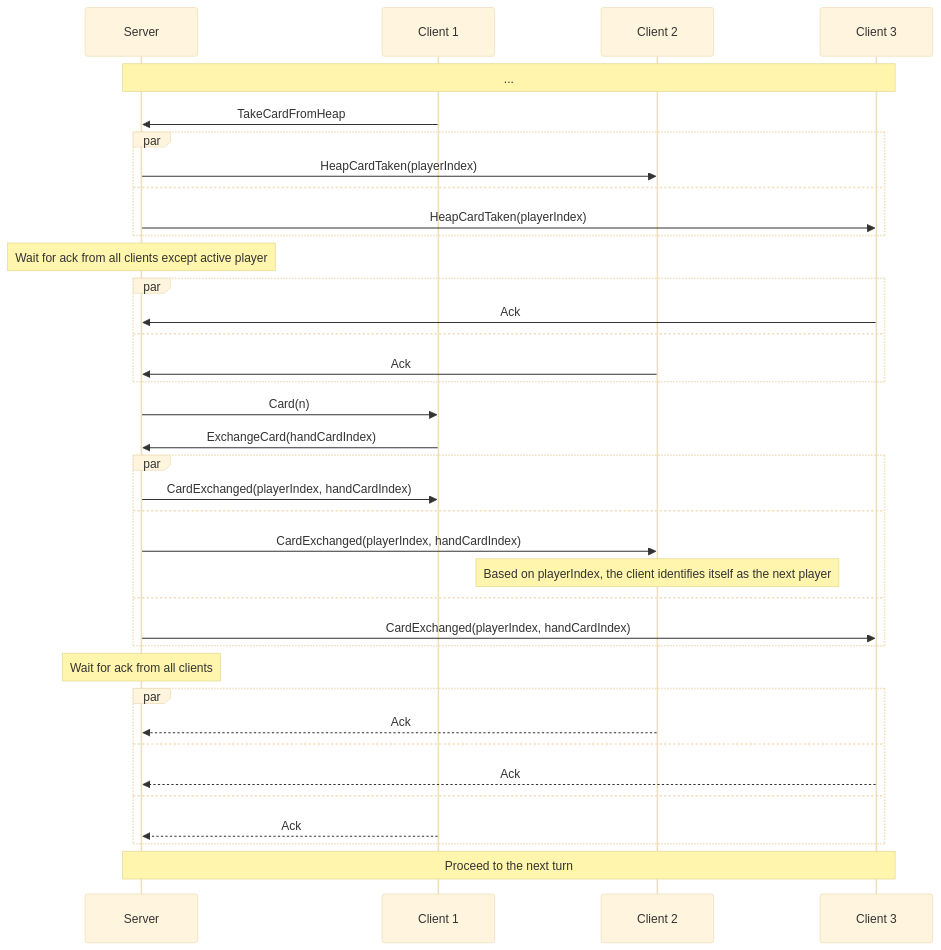
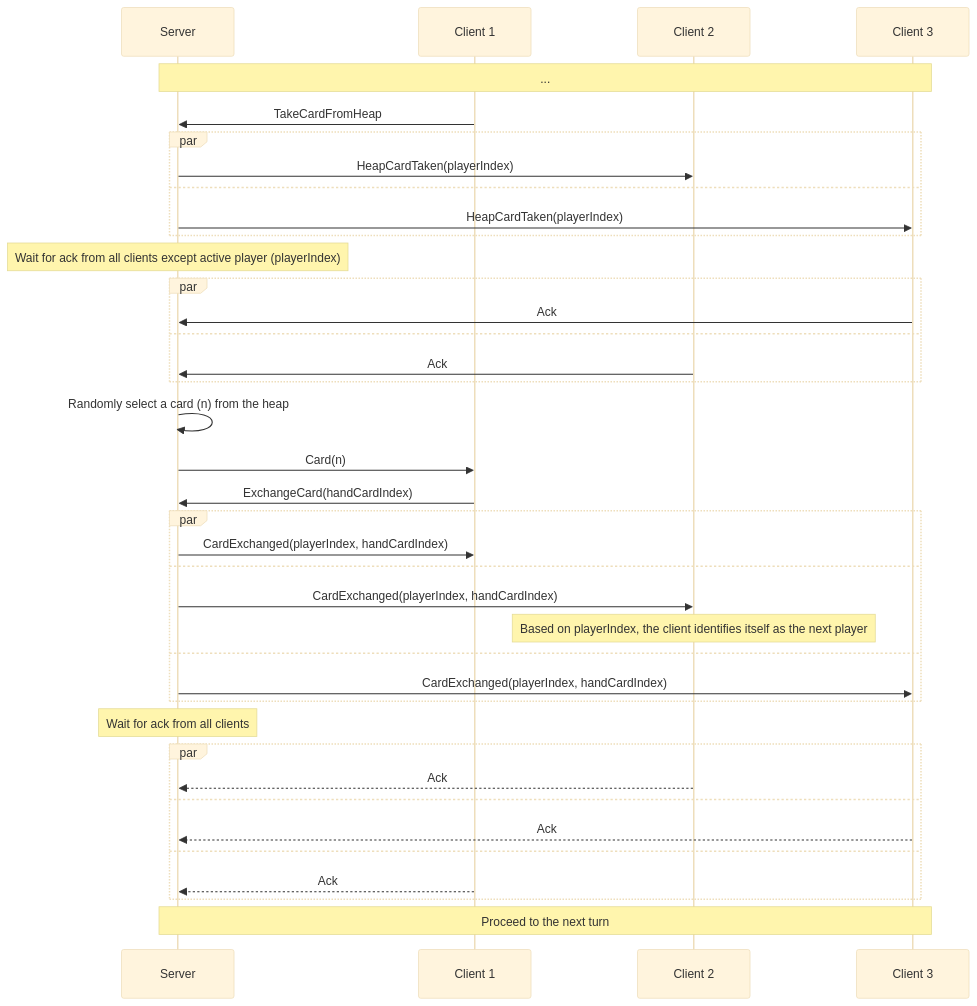
One commit to roman-zubarevich/another changed the second of 2 diagrams in README.md. Above: the diagram before and after it, drawn with Mermaid (base theme). The commit also changed other lines of this file, not shown here.

````diff
--- a/README.md
+++ b/README.md
@@ -45,39 +46,40 @@
 ```mermaid
 sequenceDiagram
     participant S as Server
     participant C1 as Client 1
     participant C2 as Client 2
     participant C3 as Client 3
     Note over S,C3: ...
     C1->>S: TakeCardFromHeap
     par
         S->>C2: HeapCardTaken(playerIndex)
     and
         S->>C3: HeapCardTaken(playerIndex)
     end
-    Note over S: Wait for ack from all clients except active player
+    Note over S: Wait for ack from all clients except active player (playerIndex)
     par
         C3->>S: Ack
     and
         C2->>S: Ack
     end
+    S->>S: Randomly select a card (n) from the heap
     S->>C1: Card(n)
     C1->>S: ExchangeCard(handCardIndex)
     par
         S->>C1: CardExchanged(playerIndex, handCardIndex)
     and
         S->>C2: CardExchanged(playerIndex, handCardIndex)
         Note over C2: Based on playerIndex, the client identifies itself as the next player
     and
         S->>C3: CardExchanged(playerIndex, handCardIndex)
     end
     Note over S: Wait for ack from all clients
     par
         C2-->>S: Ack
     and
         C3-->>S: Ack
     and
         C1-->>S: Ack
     end
     Note over S,C3: Proceed to the next turn
 ```
````
